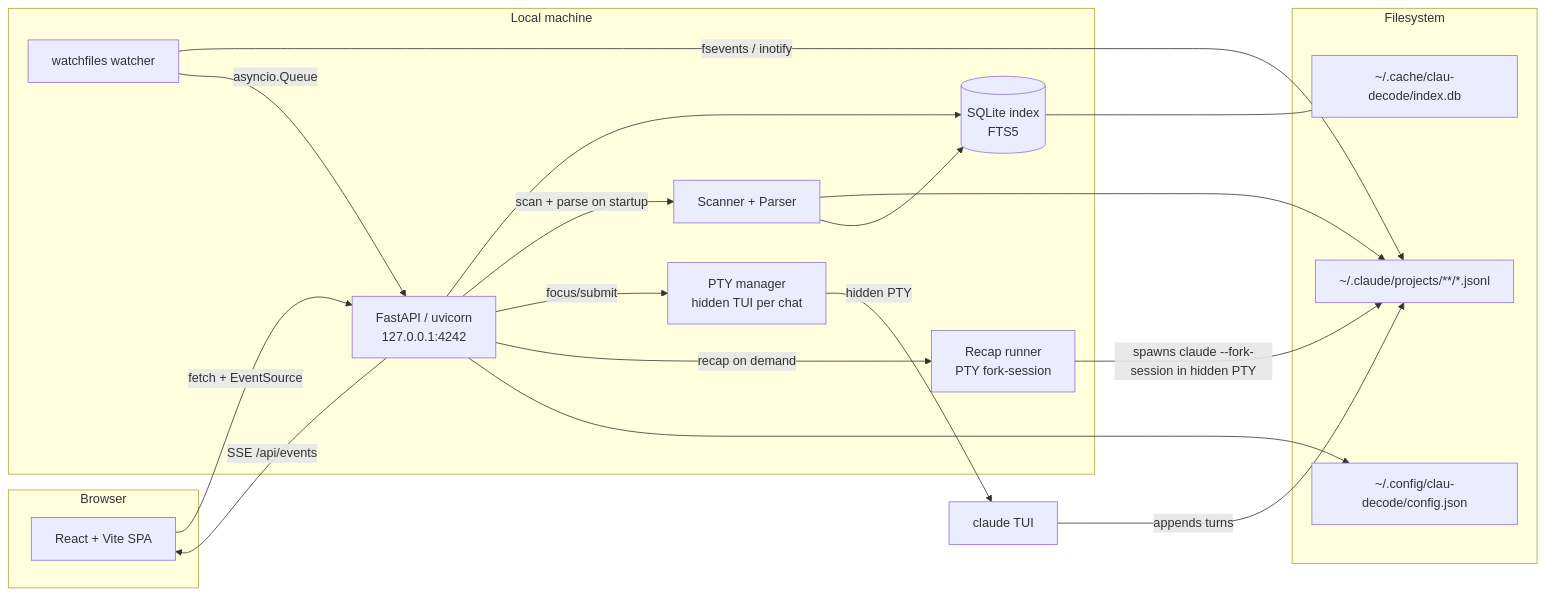
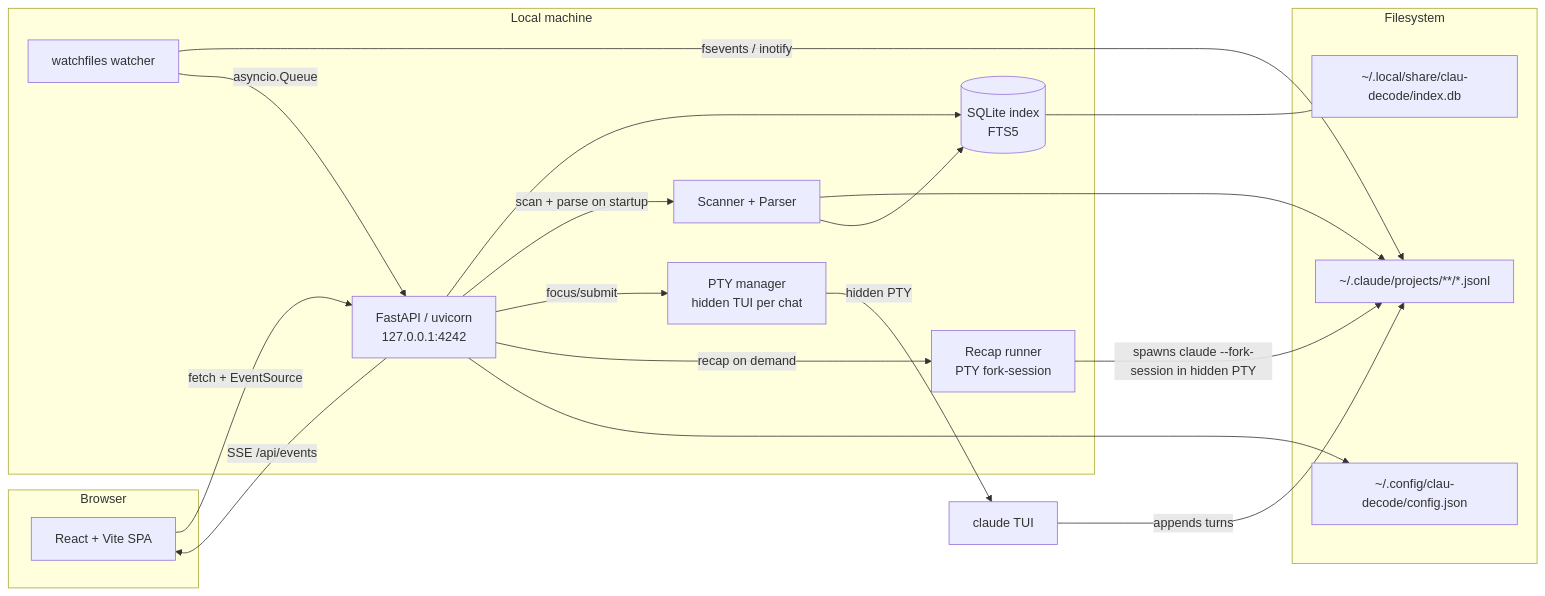
One commit to Comradery64/Clau-Decode changed the diagram in ARCHITECTURE.md. Above: the diagram before and after it, drawn with Mermaid. The commit also changed other lines of this file and 4 other files, not shown here.

````diff
--- a/ARCHITECTURE.md
+++ b/ARCHITECTURE.md
@@ -22,37 +22,37 @@
 ```mermaid
 flowchart LR
   subgraph Browser
     SPA[React + Vite SPA]
   end
 
   subgraph LocalMachine[Local machine]
     Server[FastAPI / uvicorn<br/>127.0.0.1:4242]
     DB[(SQLite index<br/>FTS5)]
     Scanner[Scanner + Parser]
     Watcher[watchfiles watcher]
     PtyManager[PTY manager<br/>hidden TUI per chat]
     Recap[Recap runner<br/>PTY fork-session]
   end
 
   subgraph Filesystem[Filesystem]
     JSONL[~/.claude/projects/**/*.jsonl]
     Cfg[~/.config/clau-decode/config.json]
-    Cache[~/.cache/clau-decode/index.db]
+    Cache[~/.local/share/clau-decode/index.db]
   end
 
   SPA -->|fetch + EventSource| Server
   Server --> DB
   Server -->|scan + parse on startup| Scanner
   Scanner --> JSONL
   Scanner --> DB
   Watcher -->|fsevents / inotify| JSONL
   Watcher -->|asyncio.Queue| Server
   Server -->|SSE /api/events| SPA
   Server -->|focus/submit| PtyManager
   PtyManager -->|hidden PTY| ClaudeTUI[claude TUI]
   ClaudeTUI -->|appends turns| JSONL
   Server -->|recap on demand| Recap
   Recap -->|spawns claude --fork-session in hidden PTY| JSONL
   Server --> Cfg
   DB --- Cache
 ```
````
